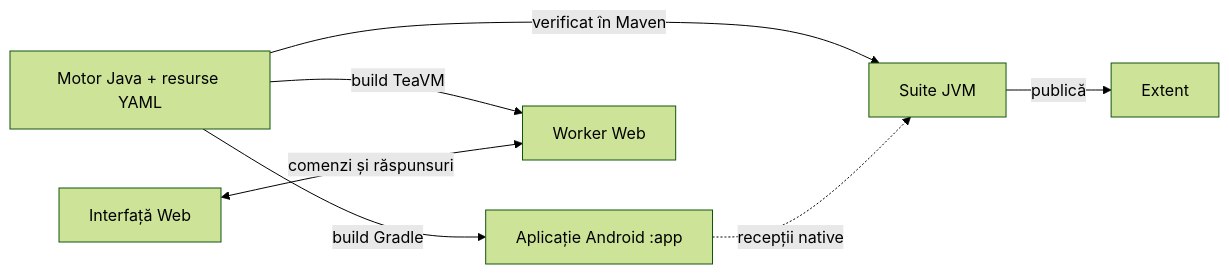
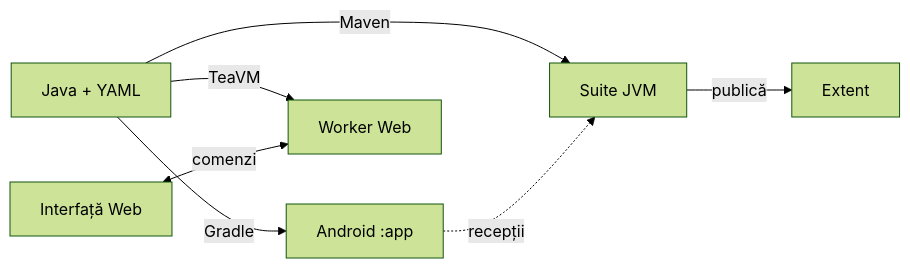
Before and after one commit to crististefanita/atf_j7: the diagram in README.md, drawn with Mermaid (forest theme). The commit also changed other lines of this file and 31 other files, not shown here.

````diff
--- a/README.md
+++ b/README.md
@@ -25,9 +25,15 @@
 ```mermaid
 flowchart LR
-    Core["Motor Java + resurse YAML"] -->|build Gradle| Android["Aplicație Android :app"]
-    Core -->|build TeaVM| Worker["Worker Web"]
-    Browser["Interfață Web"] <-->|comenzi și răspunsuri| Worker
-    Core -->|verificat în Maven| Tests["Suite JVM"]
-    Tests -->|publică| Extent["Extent"]
-    Android -.->|recepții native| Tests
+    Core["Java + YAML"]
+    Android["Android :app"]
+    Worker["Worker Web"]
+    Browser["Interfață Web"]
+    Tests["Suite JVM"]
+    Extent["Extent"]
+    Core -->|Gradle| Android
+    Core -->|TeaVM| Worker
+    Browser <-->|comenzi| Worker
+    Core -->|Maven| Tests
+    Android -.->|recepții| Tests
+    Tests -->|publică| Extent
 ```
````
